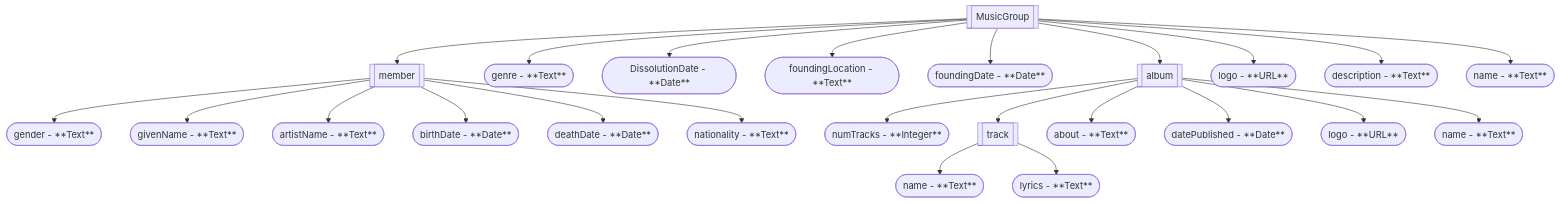
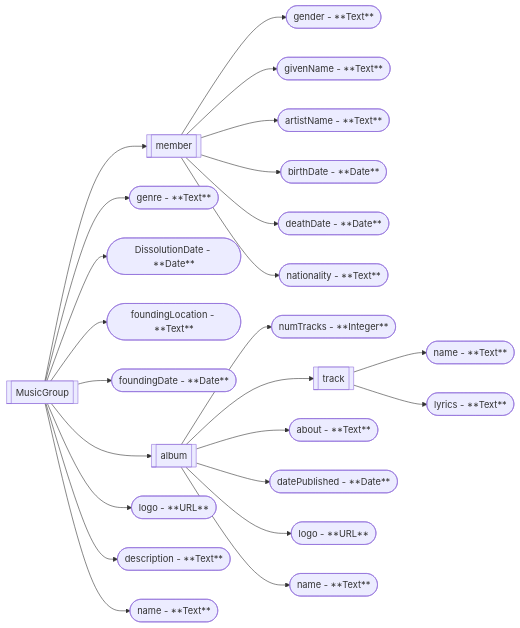
The diagram in docs/ontology.md (LCS-FS/Apollo-s-Orchestra), drawn with Mermaid before and after one commit. The commit also changed 1 other file, not shown here.

````diff
--- a/docs/ontology.md
+++ b/docs/ontology.md
@@ -1,29 +1,29 @@
 ```mermaid
-graph TD
+graph LR
     MusicGroup[[MusicGroup]] --> album[[album]]
     MusicGroup --> genre([genre - **Text**])
     MusicGroup --> DissolutionDate([DissolutionDate - **Date**])
     MusicGroup --> foundingLocation([foundingLocation - **Text**])
     MusicGroup --> foundingDate([foundingDate - **Date**])
     MusicGroup --> member[[member]]
     MusicGroup --> group_logo([logo - **URL**])
     MusicGroup --> group_about([description - **Text**])
     MusicGroup --> groupName([name - **Text**])
 
     member --> gender([gender - **Text**])
     member --> givenName([givenName - **Text**])
     member --> artistName([artistName - **Text**])
     member --> birthDate([birthDate - **Date**])
     member --> deathDate([deathDate - **Date**])
     member --> nationality([nationality - **Text**])
 
     album --> numTracks([numTracks - **Integer**])
     album --> track[[track]]
     album --> albumAbout([about - **Text**])
     album --> datePublished([datePublished - **Date**])
     album --> albumLogo([logo - **URL**])
     album --> albumName([name - **Text**])
 
     track --> trackName([name - **Text**])
     track --> lyrics([lyrics - **Text**])
 ```
````
